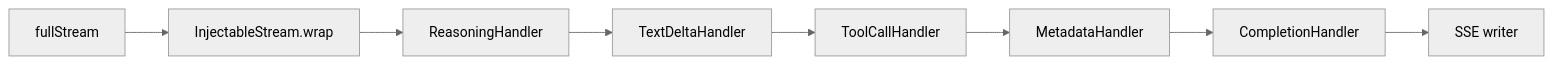
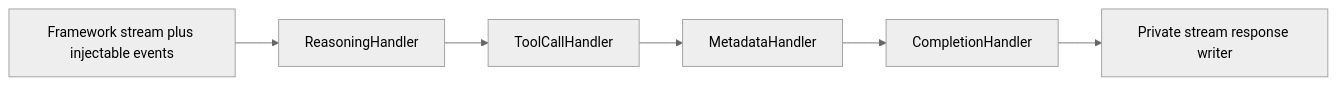
One commit to kontourai/station changed the seventh of 7 diagrams in docs/architecture.md. Above: the diagram before and after it, drawn with Mermaid (neutral theme). The commit also changed other lines of this file and 402 other files, not shown here.

````diff
--- a/docs/architecture.md
+++ b/docs/architecture.md
@@ -334,10 +367,8 @@
 ```mermaid
-graph LR
-    FS[fullStream] --> IS[InjectableStream.wrap]
-    IS --> RH[ReasoningHandler]
-    RH --> TDH[TextDeltaHandler]
-    TDH --> TCH[ToolCallHandler]
-    TCH --> MH[MetadataHandler]
-    MH --> CH[CompletionHandler]
-    CH --> SSE[SSE writer]
+flowchart LR
+    Input[Framework stream plus injectable events] --> Reasoning[ReasoningHandler]
+    Reasoning --> Tools[ToolCallHandler]
+    Tools --> Metadata[MetadataHandler]
+    Metadata --> Completion[CompletionHandler]
+    Completion --> Writer[Private stream response writer]
 ```
````
